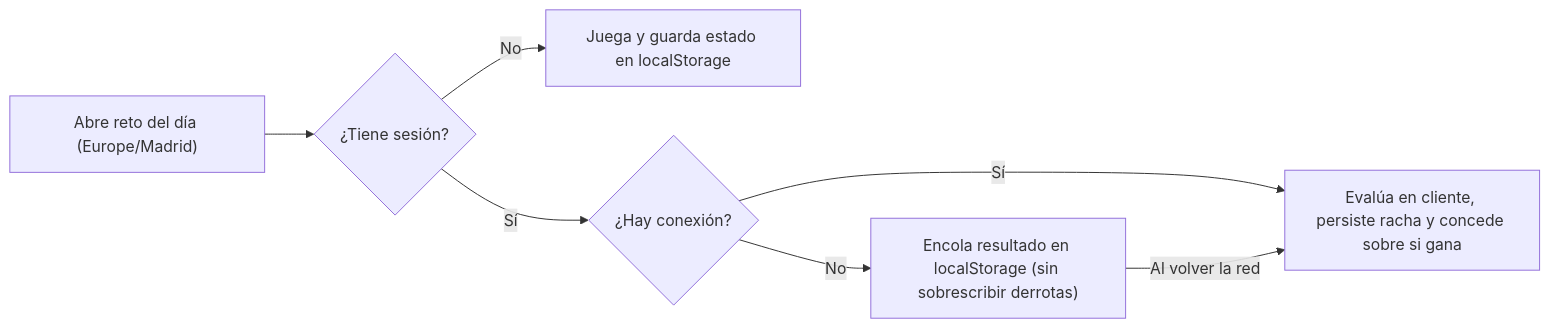
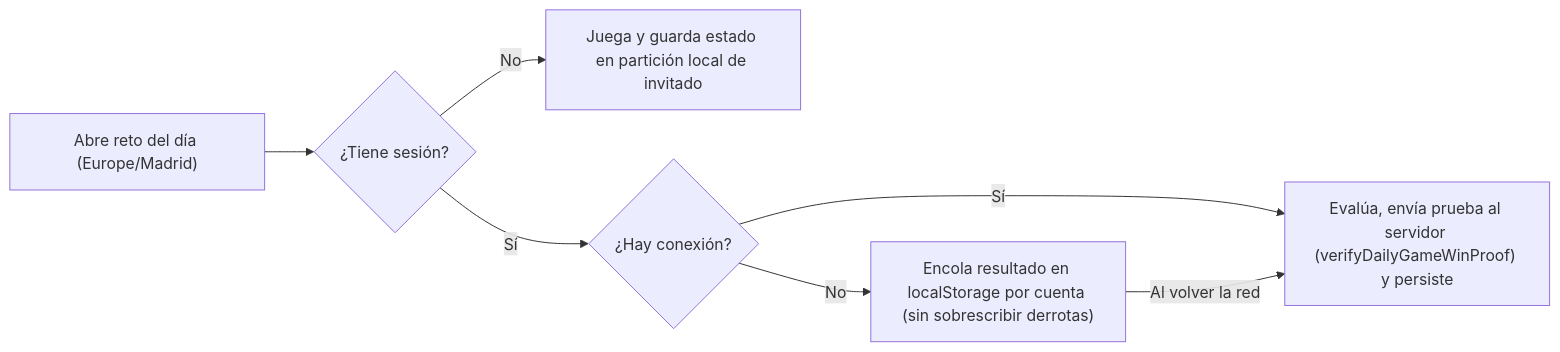
One commit to MarcoLorenzoMartinez/mareona changed diagram 22 of 32 in docs/MEMORIA_TECNICA.md. Above: the diagram before and after it, drawn with Mermaid. The commit also changed other lines of this file and 4 other files, not shown here.

````diff
--- a/docs/MEMORIA_TECNICA.md
+++ b/docs/MEMORIA_TECNICA.md
@@ -974,9 +974,9 @@
 ```mermaid
 flowchart LR
     Inicio["Abre reto del día (Europe/Madrid)"] --> Modo{"¿Tiene sesión?"}
-    Modo -->|No| Local["Juega y guarda estado en localStorage"]
+    Modo -->|No| Local["Juega y guarda estado en partición local de invitado"]
     Modo -->|Sí| Red{"¿Hay conexión?"}
-    Red -->|Sí| Server["Evalúa en cliente, persiste racha y concede sobre si gana"]
-    Red -->|No| Queue["Encola resultado en localStorage (sin sobrescribir derrotas)"]
+    Red -->|Sí| Server["Evalúa, envía prueba al servidor (verifyDailyGameWinProof) y persiste"]
+    Red -->|No| Queue["Encola resultado en localStorage por cuenta (sin sobrescribir derrotas)"]
     Queue -->|"Al volver la red"| Server
 ```
````
